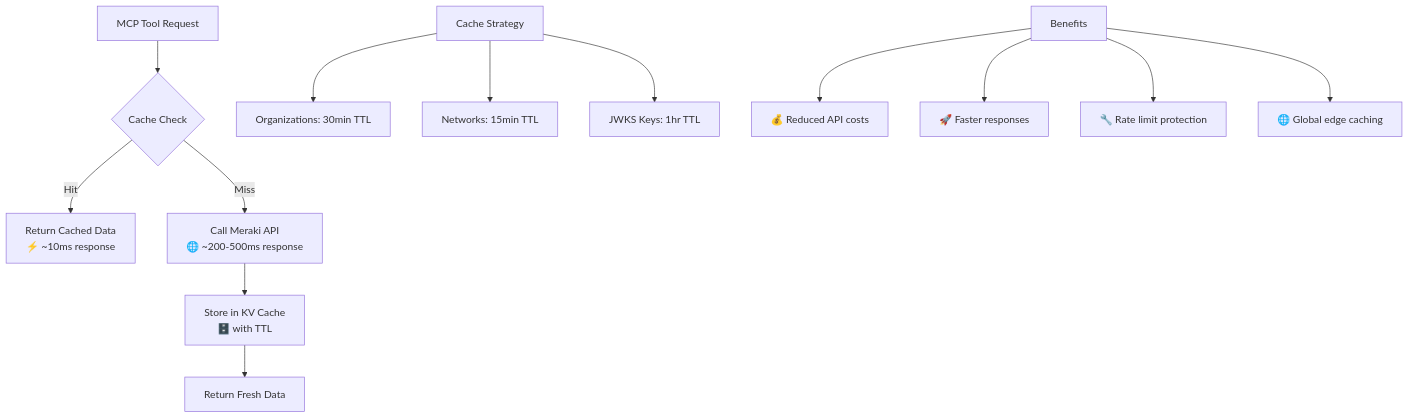
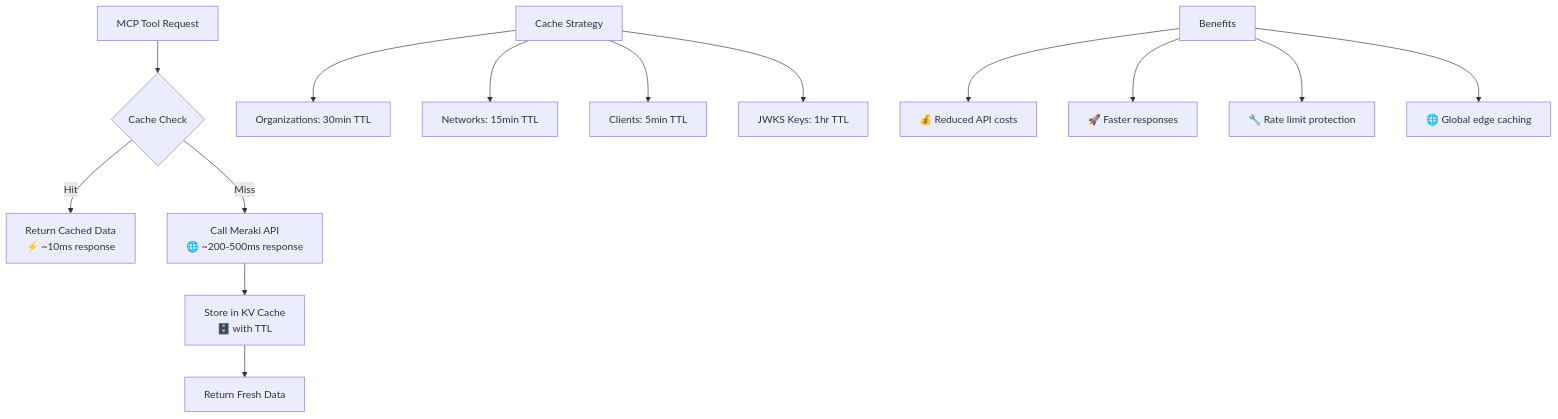
Before and after one commit to macharpe/meraki-mcp-cloudflare: the second of 3 diagrams in docs/authentication-flow.md, drawn with Mermaid. The commit also changed other lines of this file, not shown here.

First line of the commit message:
📝 docs: Update authentication flow to reflect API key implementation

````diff
--- a/docs/authentication-flow.md
+++ b/docs/authentication-flow.md
@@ -81,17 +52,18 @@
 ```mermaid
 flowchart TD
     A[MCP Tool Request] --> B{Cache Check}
     B -->|Hit| C[Return Cached Data<br/>⚡ ~10ms response]
     B -->|Miss| D[Call Meraki API<br/>🌐 ~200-500ms response]
     D --> E[Store in KV Cache<br/>🗄️ with TTL]
     E --> F[Return Fresh Data]
 
     G[Cache Strategy] --> H[Organizations: 30min TTL]
     G --> I[Networks: 15min TTL]
-    G --> J[JWKS Keys: 1hr TTL]
+    G --> J[Clients: 5min TTL]
+    G --> K[JWKS Keys: 1hr TTL]
 
-    K[Benefits] --> L[💰 Reduced API costs]
-    K --> M[🚀 Faster responses]
-    K --> N[🔧 Rate limit protection]
-    K --> O[🌐 Global edge caching]
+    L[Benefits] --> M[💰 Reduced API costs]
+    L --> N[🚀 Faster responses]
+    L --> O[🔧 Rate limit protection]
+    L --> P[🌐 Global edge caching]
 ```
````
